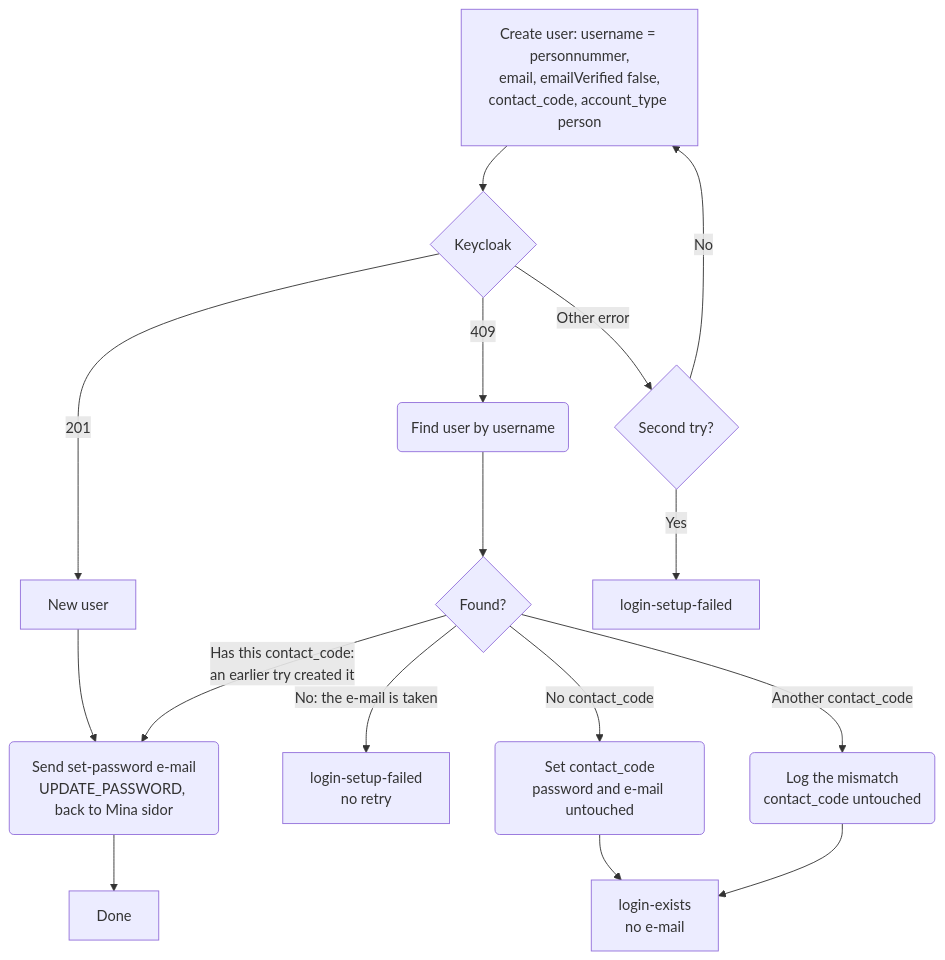
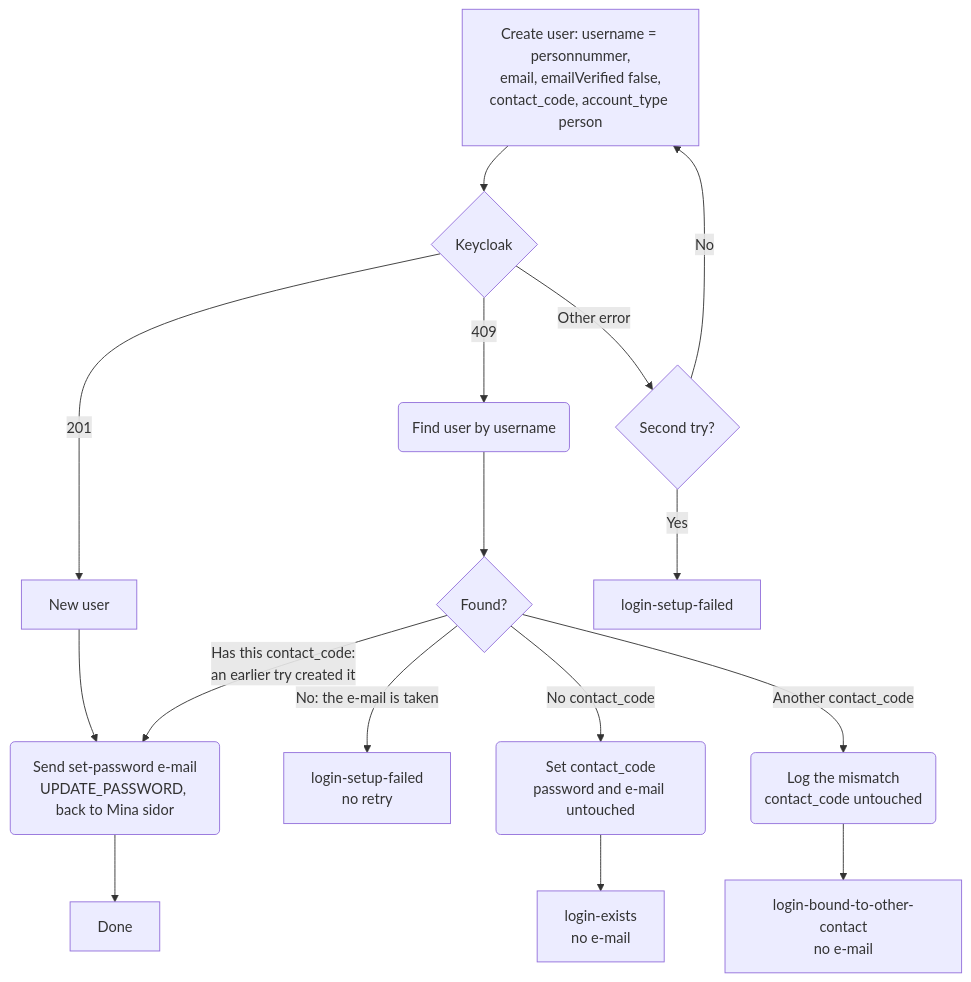
Before and after one commit to Bostads-AB-Mimer/onecore: the second of 2 diagrams in core/src/processes/contacts/DOCS_Register_Applicant.md, drawn with Mermaid. The commit also changed other lines of this file and 6 other files, not shown here.

````diff
--- a/core/src/processes/contacts/DOCS_Register_Applicant.md
+++ b/core/src/processes/contacts/DOCS_Register_Applicant.md
@@ -63,17 +63,17 @@
 ```mermaid
 flowchart TD
 A[Create user: username = personnummer,<br/>email, emailVerified false,<br/>contact_code, account_type person] --> Ao{Keycloak}
 Ao --> |201| N[New user] --> M(Send set-password e-mail<br/>UPDATE_PASSWORD, back to Mina sidor)
 Ao --> |409| U(Find user by username)
 U --> Uo{Found?}
 Uo --> |No: the e-mail is taken| X[login-setup-failed<br/>no retry]
 Uo --> |Has this contact_code:<br/>an earlier try created it| M
 Uo --> |No contact_code| Fl(Set contact_code<br/>password and e-mail untouched)
 Uo --> |Another contact_code| Lg(Log the mismatch<br/>contact_code untouched)
 Fl --> D[login-exists<br/>no e-mail]
-Lg --> D
+Lg --> D3[login-bound-to-other-contact<br/>no e-mail]
 M --> D2[Done]
 Ao --> |Other error| T{Second try?}
 T --> |No| A
 T --> |Yes| X2[login-setup-failed]
 ```
````
